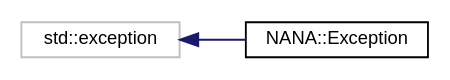
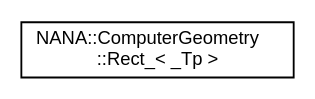
One commit to YuruTu/NANA changed the diagram in docs/inherit_graph_6.dot. Above: the diagram before and after it, drawn with Graphviz. The commit also changed 111 other files, not shown here.

```diff
--- a/docs/inherit_graph_6.dot
+++ b/docs/inherit_graph_6.dot
@@ -1,10 +1,8 @@
 digraph "类继承关系图"
 {
  // LATEX_PDF_SIZE
   edge [fontname="Helvetica",fontsize="10",labelfontname="Helvetica",labelfontsize="10"];
   node [fontname="Helvetica",fontsize="10",shape=record];
   rankdir="LR";
-  Node7 [label="std::exception",height=0.2,width=0.4,color="grey75", fillcolor="white", style="filled",tooltip=" "];
-  Node7 -> Node0 [dir="back",color="midnightblue",fontsize="10",style="solid",fontname="Helvetica"];
-  Node0 [label="NANA::Exception",height=0.2,width=0.4,color="black", fillcolor="white", style="filled",URL="$class_n_a_n_a_1_1_exception.html",tooltip="用于异常抛出"];
+  Node0 [label="NANA::ComputerGeometry\l::Rect_\< _Tp \>",height=0.2,width=0.4,color="black", fillcolor="white", style="filled",URL="$struct_n_a_n_a_1_1_computer_geometry_1_1_rect__.html",tooltip="正矩形"];
 }
```
